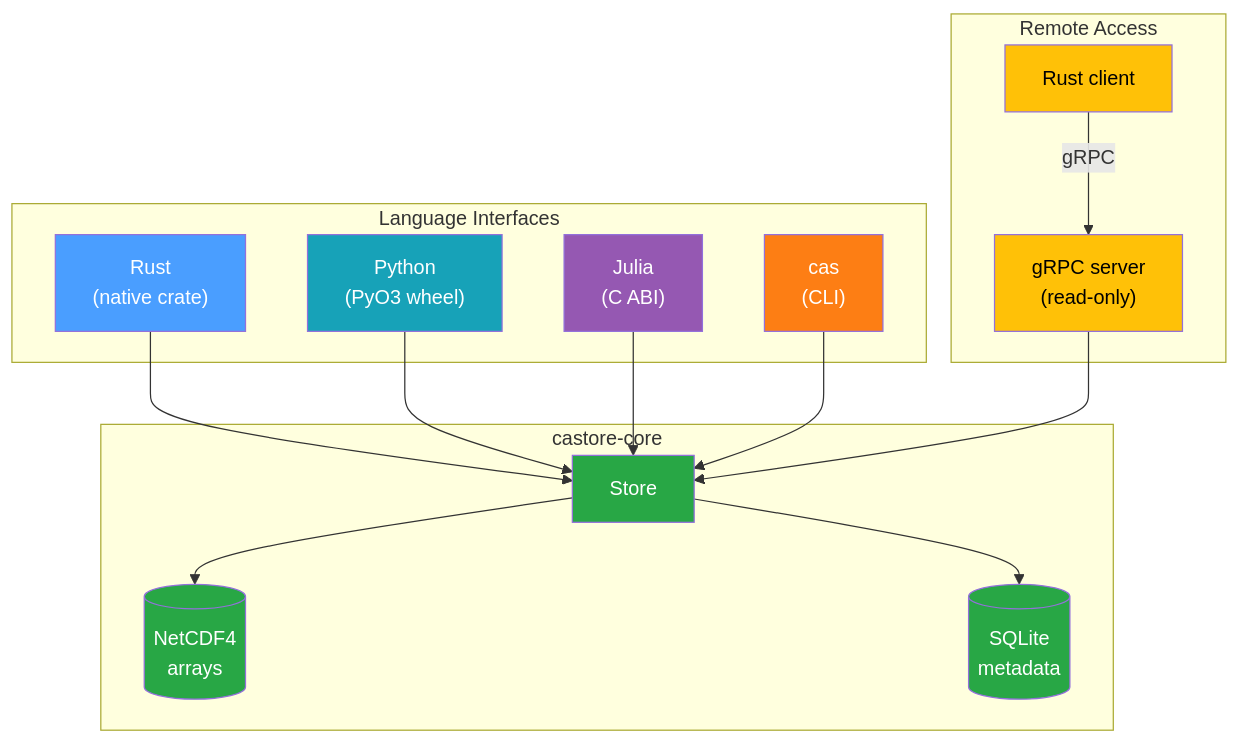
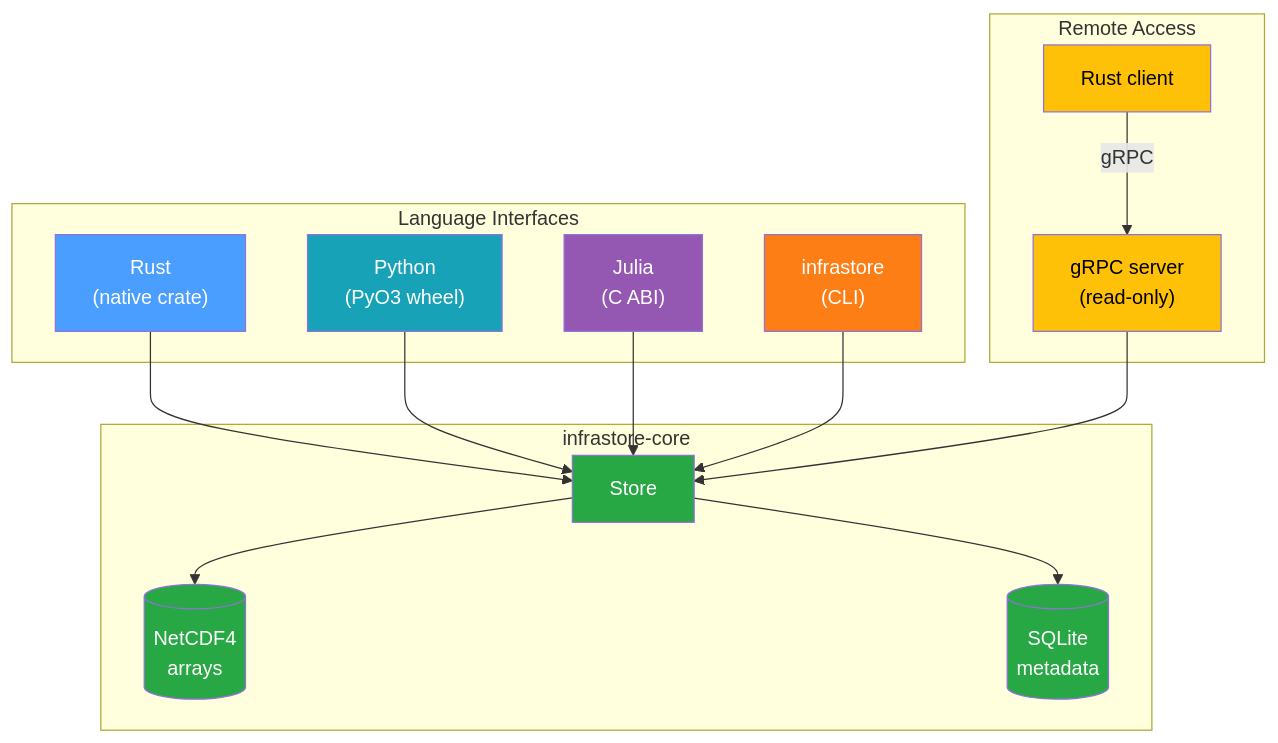
Before and after one commit to NatLabRockies/infrastore: the diagram in docs/src/introduction.md, drawn with Mermaid. The commit also changed other lines of this file and 193 other files, not shown here.

````diff
--- a/docs/src/introduction.md
+++ b/docs/src/introduction.md
@@ -11,37 +11,37 @@
 ```mermaid
 flowchart TB
     subgraph clients["Language Interfaces"]
         RUST["Rust<br/>(native crate)"]
         PY["Python<br/>(PyO3 wheel)"]
         JL["Julia<br/>(C ABI)"]
-        CLI["cas<br/>(CLI)"]
+        CLI["infrastore<br/>(CLI)"]
     end
 
-    subgraph core["castore-core"]
+    subgraph core["infrastore-core"]
         STORE["Store"]
         STORE --> NC[("NetCDF4<br/>arrays")]
         STORE --> SQL[("SQLite<br/>metadata")]
     end
 
     subgraph remote["Remote Access"]
         SRV["gRPC server<br/>(read-only)"]
         RC["Rust client"]
     end
 
     RUST --> STORE
     PY --> STORE
     JL --> STORE
     CLI --> STORE
     SRV --> STORE
     RC -->|"gRPC"| SRV
 
     style RUST fill:#4a9eff,color:#fff
     style PY fill:#17a2b8,color:#fff
     style JL fill:#9558b2,color:#fff
     style CLI fill:#fd7e14,color:#fff
     style STORE fill:#28a745,color:#fff
     style NC fill:#28a745,color:#fff
     style SQL fill:#28a745,color:#fff
     style SRV fill:#ffc107,color:#000
     style RC fill:#ffc107,color:#000
 ```
````
